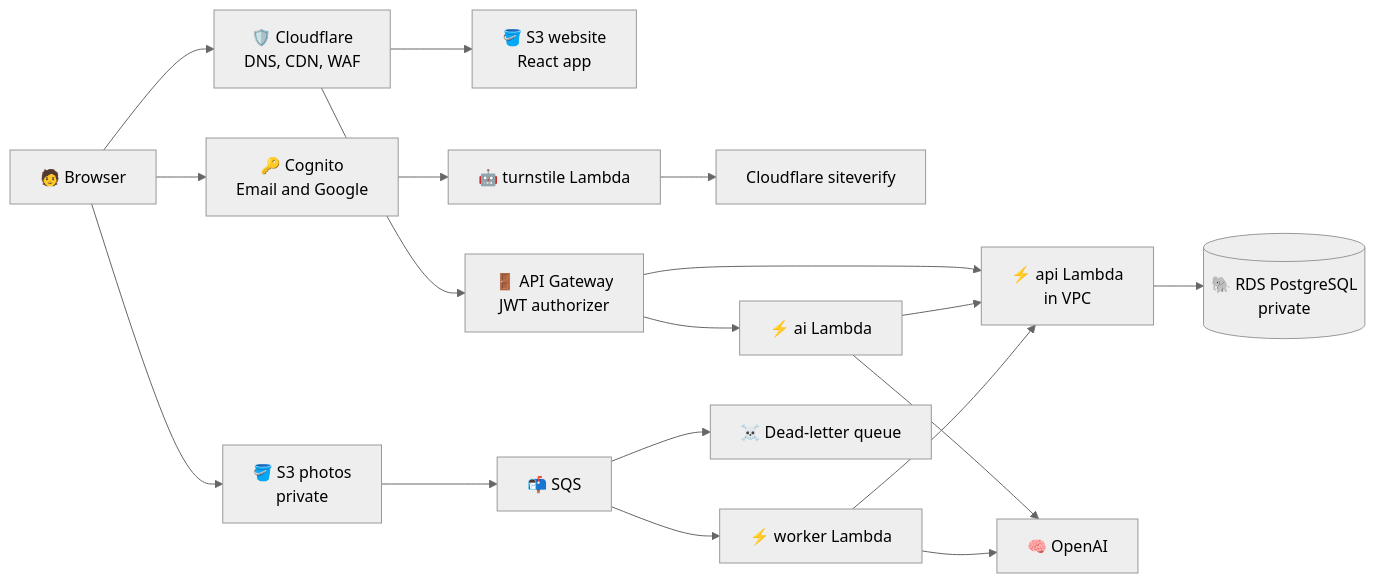
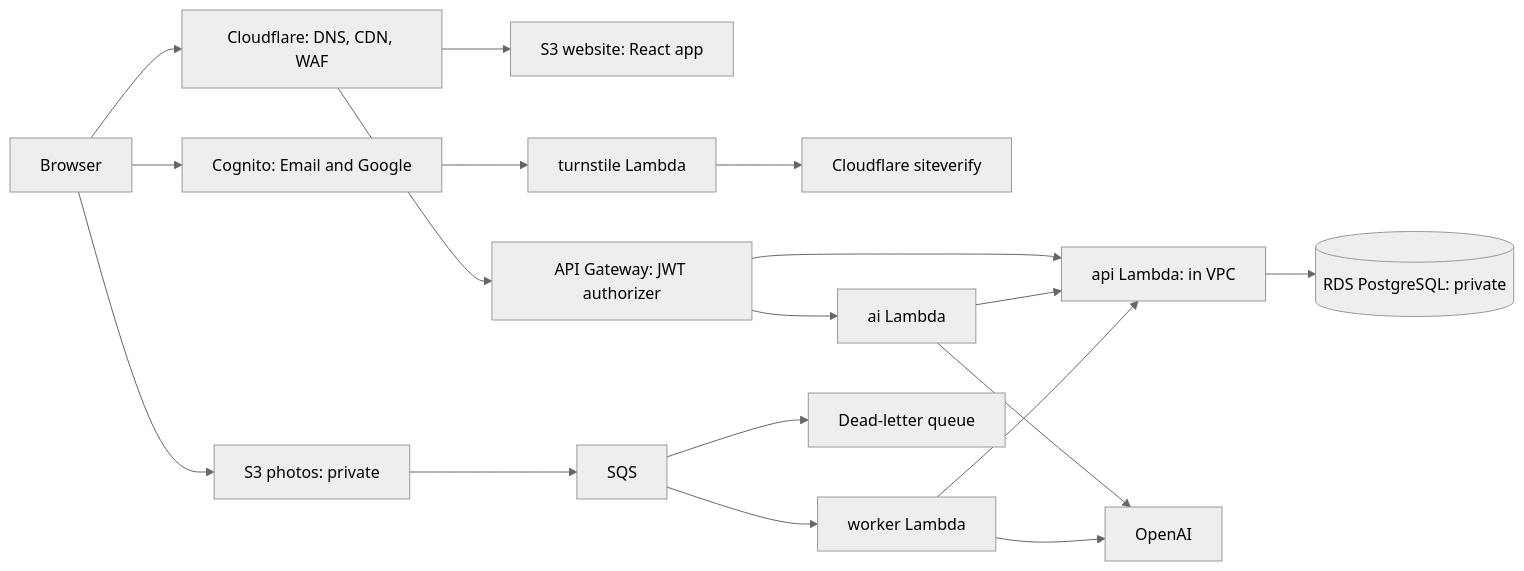
One commit to Guillermo-03/CloudComputing_Final changed the first of 3 diagrams in README.md. Above: the diagram before and after it, drawn with Mermaid (neutral theme). The commit also changed other lines of this file, not shown here.

````diff
--- a/README.md
+++ b/README.md
@@ -51,20 +47,20 @@
 ```mermaid
 flowchart LR
-    U["🧑 Browser"] --> CF["🛡️ Cloudflare<br/>DNS, CDN, WAF"]
-    CF --> WEB["🪣 S3 website<br/>React app"]
-    CF --> GW["🚪 API Gateway<br/>JWT authorizer"]
-    U --> COG["🔑 Cognito<br/>Email and Google"]
-    COG --> TS["🤖 turnstile Lambda"]
+    U["Browser"] --> CF["Cloudflare: DNS, CDN, WAF"]
+    CF --> WEB["S3 website: React app"]
+    CF --> GW["API Gateway: JWT authorizer"]
+    U --> COG["Cognito: Email and Google"]
+    COG --> TS["turnstile Lambda"]
     TS --> SV["Cloudflare siteverify"]
-    GW --> API["⚡ api Lambda<br/>in VPC"]
-    GW --> AI["⚡ ai Lambda"]
-    API --> DB[("🐘 RDS PostgreSQL<br/>private")]
+    GW --> API["api Lambda: in VPC"]
+    GW --> AI["ai Lambda"]
+    API --> DB[("RDS PostgreSQL: private")]
     AI --> API
-    AI --> OAI["🧠 OpenAI"]
-    U --> PH["🪣 S3 photos<br/>private"]
-    PH --> Q["📬 SQS"]
-    Q --> W["⚡ worker Lambda"]
-    Q --> DLQ["☠️ Dead-letter queue"]
+    AI --> OAI["OpenAI"]
+    U --> PH["S3 photos: private"]
+    PH --> Q["SQS"]
+    Q --> W["worker Lambda"]
+    Q --> DLQ["Dead-letter queue"]
     W --> OAI
     W --> API
 ```
````
